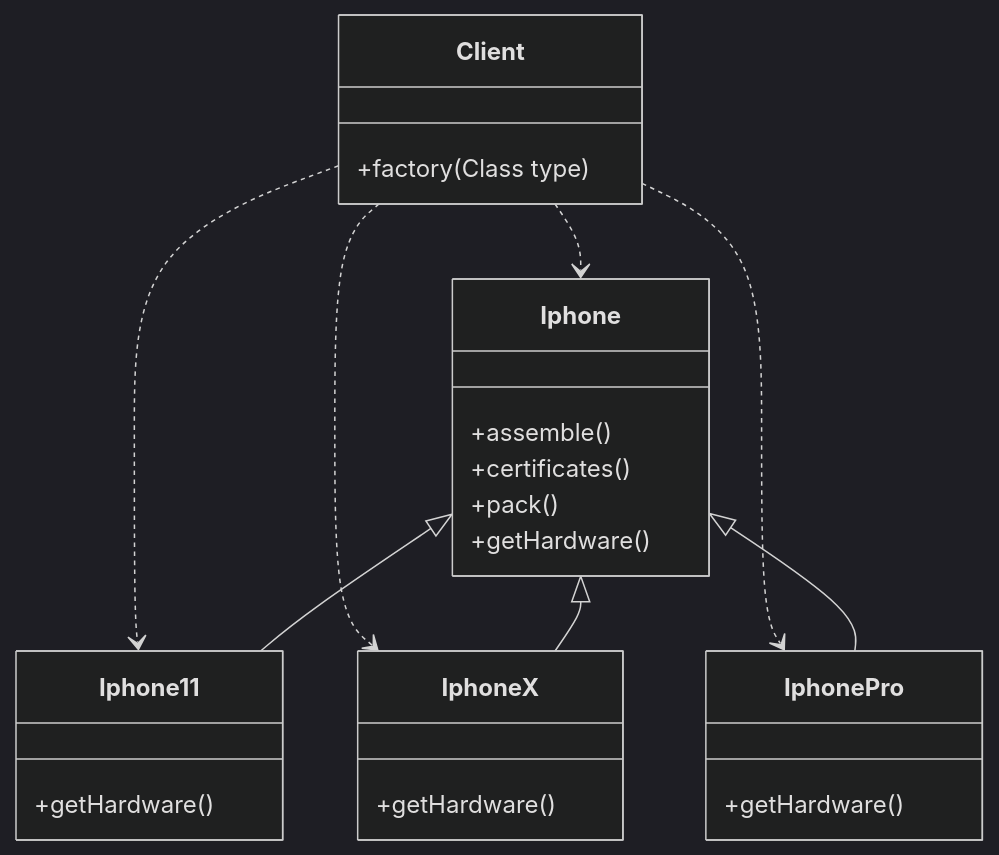
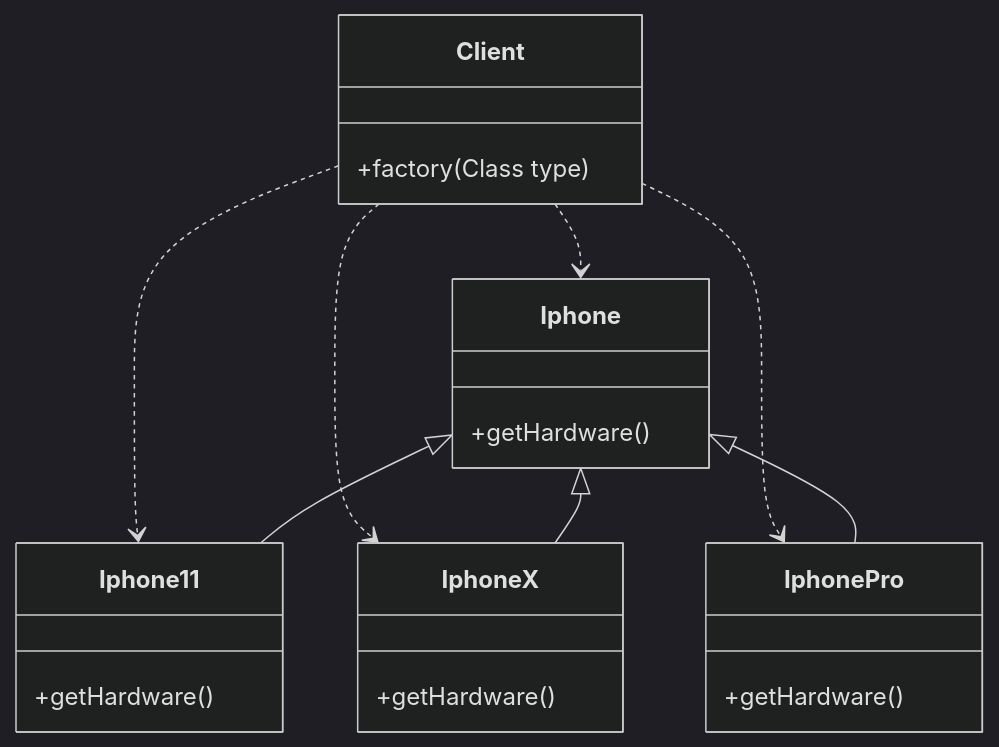
Before and after one commit to bcmes/design-patterns: the first of 4 diagrams in README.md, drawn with Mermaid (dark theme). The commit also changed other lines of this file and 4 other files, not shown here.

````diff
--- a/README.md
+++ b/README.md
@@ -19,24 +21,21 @@
 ```mermaid
 classDiagram
 Client ..> Iphone
 Client ..> Iphone11
 Client ..> IphoneX
 Client ..> IphonePro
 Client: +factory(Class<?> type)
 Iphone <|-- Iphone11
 Iphone <|-- IphoneX
 Iphone <|-- IphonePro
-Iphone: +assemble()
-Iphone: +certificates()
-Iphone: +pack()
 Iphone: +getHardware()
 class Iphone11{
 +getHardware()
 }
 class IphoneX{
 +getHardware()
 }
 class IphonePro{
 +getHardware()
 }
 ```
````
